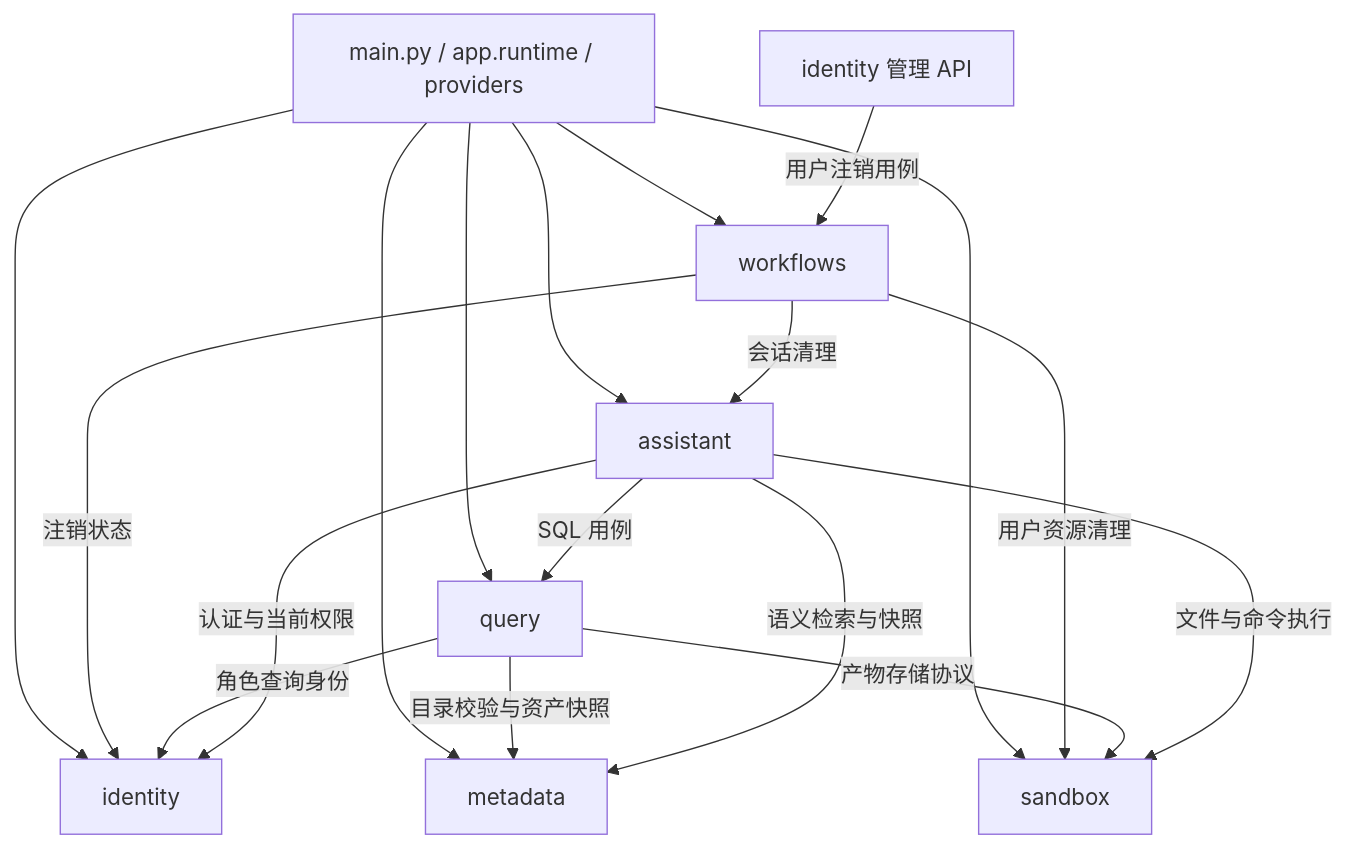
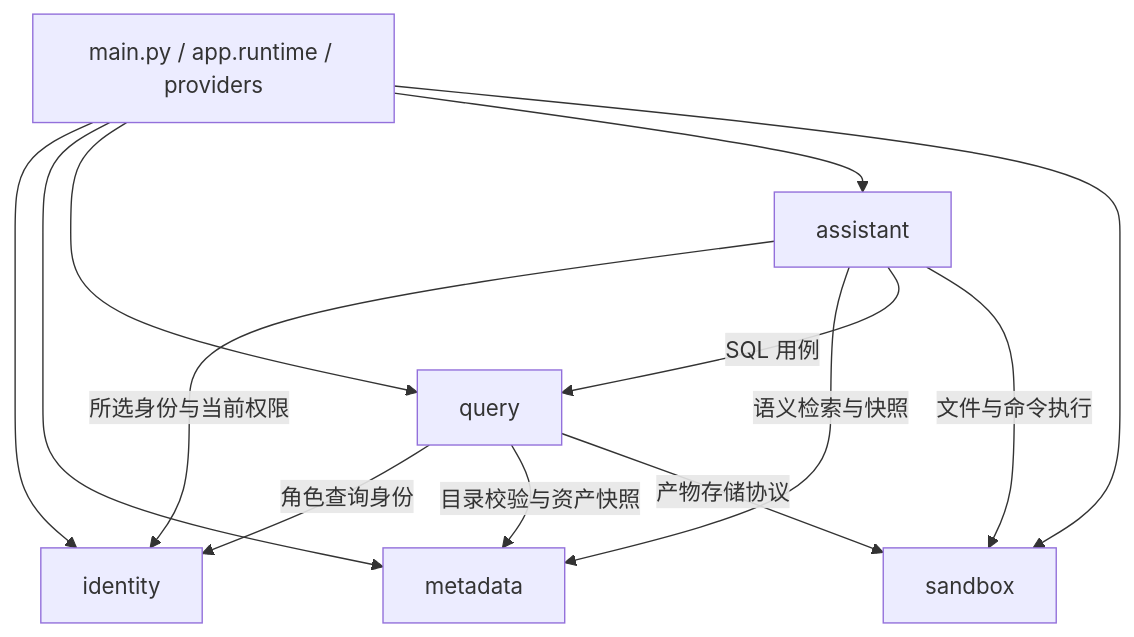
One commit to 2739673455/dataagent changed the second of 4 diagrams in docs/00_架构与协作总览.md. Above: the diagram before and after it, drawn with Mermaid. The commit also changed other lines of this file and 130 other files, not shown here.

````diff
--- a/docs/00_架构与协作总览.md
+++ b/docs/00_架构与协作总览.md
@@ -680,20 +533,15 @@
 ```mermaid
 flowchart TD
     ROOT[main.py / app.runtime / providers] --> ID[identity]
     ROOT --> META[metadata]
     ROOT --> QUERY[query]
     ROOT --> ASSIST[assistant]
     ROOT --> SANDBOX[sandbox]
-    ROOT --> FLOW[workflows]
-    IDAPI[identity 管理 API] -->|用户注销用例| FLOW
-    FLOW -->|注销状态| ID
-    FLOW -->|会话清理| ASSIST
-    FLOW -->|用户资源清理| SANDBOX
     QUERY -->|角色查询身份| ID
     QUERY -->|目录校验与资产快照| META
     QUERY -->|产物存储协议| SANDBOX
-    ASSIST -->|认证与当前权限| ID
+    ASSIST -->|所选身份与当前权限| ID
     ASSIST -->|语义检索与快照| META
     ASSIST -->|SQL 用例| QUERY
     ASSIST -->|文件与命令执行| SANDBOX
 ```
````
